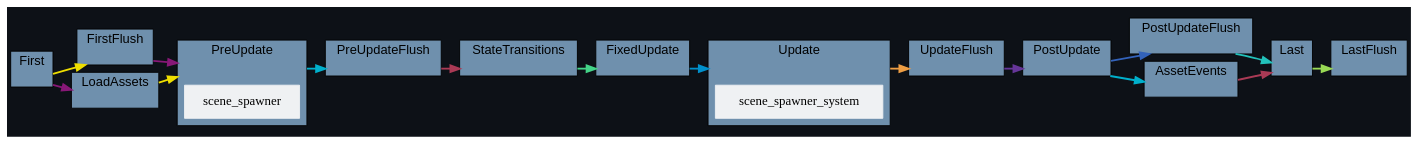
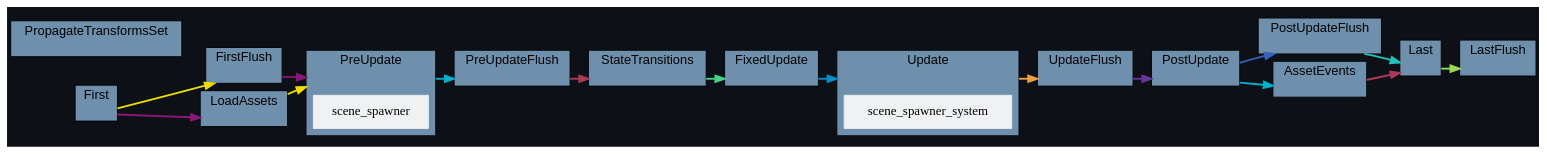
The diagram in docs/schedule/by-crate/dark/schedule_Main_bevy_scene.dot (jakobhellermann/bevy_mod_debugdump), drawn with Graphviz before and after one commit. The commit also changed 79 other files, not shown here.

```diff
--- a/docs/schedule/by-crate/dark/schedule_Main_bevy_scene.dot
+++ b/docs/schedule/by-crate/dark/schedule_Main_bevy_scene.dot
@@ -1,138 +1,146 @@
 digraph "" {
 	"compound"="true";
 	"splines"="spline";
 	"rankdir"="LR";
 	"bgcolor"="#0d1117";
 	"fontname"="Helvetica";
 	edge ["penwidth"="2"];
 	node ["shape"="box", "style"="filled", "fillcolor"="#eff1f3", "color"="#eff1f3"];
 	subgraph "clusternode_Set(0)" {
 		"label"="Update";
 		"tooltip"="Update";
 		"bgcolor"="#6f90ad";
 		"color"="black";
 		"set_marker_node_Set(0)" ["style"="invis", "label"="", "height"="0", "shape"="point"]
 		"node_System(55)" ["label"="scene_spawner_system", "tooltip"="bevy_scene::scene_spawner::scene_spawner_system"]
 	}
 	
 	subgraph "clusternode_Set(2)" {
 		"label"="FirstFlush";
 		"tooltip"="FirstFlush";
 		"bgcolor"="#6f90ad";
 		"color"="black";
 		"set_marker_node_Set(2)" ["style"="invis", "label"="", "height"="0", "shape"="point"]
 	}
 	
 	subgraph "clusternode_Set(3)" {
 		"label"="PreUpdateFlush";
 		"tooltip"="PreUpdateFlush";
 		"bgcolor"="#6f90ad";
 		"color"="black";
 		"set_marker_node_Set(3)" ["style"="invis", "label"="", "height"="0", "shape"="point"]
 	}
 	
 	subgraph "clusternode_Set(4)" {
 		"label"="UpdateFlush";
 		"tooltip"="UpdateFlush";
 		"bgcolor"="#6f90ad";
 		"color"="black";
 		"set_marker_node_Set(4)" ["style"="invis", "label"="", "height"="0", "shape"="point"]
 	}
 	
 	subgraph "clusternode_Set(5)" {
 		"label"="PostUpdateFlush";
 		"tooltip"="PostUpdateFlush";
 		"bgcolor"="#6f90ad";
 		"color"="black";
 		"set_marker_node_Set(5)" ["style"="invis", "label"="", "height"="0", "shape"="point"]
 	}
 	
 	subgraph "clusternode_Set(6)" {
 		"label"="LastFlush";
 		"tooltip"="LastFlush";
 		"bgcolor"="#6f90ad";
 		"color"="black";
 		"set_marker_node_Set(6)" ["style"="invis", "label"="", "height"="0", "shape"="point"]
 	}
 	
 	subgraph "clusternode_Set(7)" {
 		"label"="First";
 		"tooltip"="First";
 		"bgcolor"="#6f90ad";
 		"color"="black";
 		"set_marker_node_Set(7)" ["style"="invis", "label"="", "height"="0", "shape"="point"]
 	}
 	
 	subgraph "clusternode_Set(8)" {
 		"label"="PreUpdate";
 		"tooltip"="PreUpdate";
 		"bgcolor"="#6f90ad";
 		"color"="black";
 		"set_marker_node_Set(8)" ["style"="invis", "label"="", "height"="0", "shape"="point"]
 		"node_System(56)" ["label"="scene_spawner", "tooltip"="bevy_scene::bundle::scene_spawner"]
 	}
 	
 	subgraph "clusternode_Set(9)" {
 		"label"="StateTransitions";
 		"tooltip"="StateTransitions";
 		"bgcolor"="#6f90ad";
 		"color"="black";
 		"set_marker_node_Set(9)" ["style"="invis", "label"="", "height"="0", "shape"="point"]
 	}
 	
 	subgraph "clusternode_Set(10)" {
 		"label"="FixedUpdate";
 		"tooltip"="FixedUpdate";
 		"bgcolor"="#6f90ad";
 		"color"="black";
 		"set_marker_node_Set(10)" ["style"="invis", "label"="", "height"="0", "shape"="point"]
 	}
 	
 	subgraph "clusternode_Set(11)" {
 		"label"="PostUpdate";
 		"tooltip"="PostUpdate";
 		"bgcolor"="#6f90ad";
 		"color"="black";
 		"set_marker_node_Set(11)" ["style"="invis", "label"="", "height"="0", "shape"="point"]
 	}
 	
 	subgraph "clusternode_Set(12)" {
 		"label"="Last";
 		"tooltip"="Last";
 		"bgcolor"="#6f90ad";
 		"color"="black";
 		"set_marker_node_Set(12)" ["style"="invis", "label"="", "height"="0", "shape"="point"]
 	}
 	
-	subgraph "clusternode_Set(58)" {
+	subgraph "clusternode_Set(22)" {
+		"label"="PropagateTransformsSet";
+		"tooltip"="PropagateTransformsSet";
+		"bgcolor"="#6f90ad";
+		"color"="black";
+		"set_marker_node_Set(22)" ["style"="invis", "label"="", "height"="0", "shape"="point"]
+	}
+	
+	subgraph "clusternode_Set(59)" {
 		"label"="LoadAssets";
 		"tooltip"="LoadAssets";
 		"bgcolor"="#6f90ad";
 		"color"="black";
-		"set_marker_node_Set(58)" ["style"="invis", "label"="", "height"="0", "shape"="point"]
+		"set_marker_node_Set(59)" ["style"="invis", "label"="", "height"="0", "shape"="point"]
 	}
 	
-	subgraph "clusternode_Set(59)" {
+	subgraph "clusternode_Set(60)" {
 		"label"="AssetEvents";
 		"tooltip"="AssetEvents";
 		"bgcolor"="#6f90ad";
 		"color"="black";
-		"set_marker_node_Set(59)" ["style"="invis", "label"="", "height"="0", "shape"="point"]
+		"set_marker_node_Set(60)" ["style"="invis", "label"="", "height"="0", "shape"="point"]
 	}
 	
 	"set_marker_node_Set(7)" -> "set_marker_node_Set(2)" ["lhead"="clusternode_Set(2)", "ltail"="clusternode_Set(7)", "tooltip"="First → FirstFlush", "color"="#eede00"]
 	"set_marker_node_Set(2)" -> "set_marker_node_Set(8)" ["lhead"="clusternode_Set(8)", "ltail"="clusternode_Set(2)", "tooltip"="FirstFlush → PreUpdate", "color"="#881877"]
 	"set_marker_node_Set(8)" -> "set_marker_node_Set(3)" ["lhead"="clusternode_Set(3)", "ltail"="clusternode_Set(8)", "tooltip"="PreUpdate → PreUpdateFlush", "color"="#00b0cc"]
 	"set_marker_node_Set(3)" -> "set_marker_node_Set(9)" ["lhead"="clusternode_Set(9)", "ltail"="clusternode_Set(3)", "tooltip"="PreUpdateFlush → StateTransitions", "color"="#aa3a55"]
 	"set_marker_node_Set(9)" -> "set_marker_node_Set(10)" ["lhead"="clusternode_Set(10)", "ltail"="clusternode_Set(9)", "tooltip"="StateTransitions → FixedUpdate", "color"="#44d488"]
 	"set_marker_node_Set(10)" -> "set_marker_node_Set(0)" ["lhead"="clusternode_Set(0)", "ltail"="clusternode_Set(10)", "tooltip"="FixedUpdate → Update", "color"="#0090cc"]
 	"set_marker_node_Set(0)" -> "set_marker_node_Set(4)" ["lhead"="clusternode_Set(4)", "ltail"="clusternode_Set(0)", "tooltip"="Update → UpdateFlush", "color"="#ee9e44"]
 	"set_marker_node_Set(4)" -> "set_marker_node_Set(11)" ["lhead"="clusternode_Set(11)", "ltail"="clusternode_Set(4)", "tooltip"="UpdateFlush → PostUpdate", "color"="#663699"]
 	"set_marker_node_Set(11)" -> "set_marker_node_Set(5)" ["lhead"="clusternode_Set(5)", "ltail"="clusternode_Set(11)", "tooltip"="PostUpdate → PostUpdateFlush", "color"="#3363bb"]
 	"set_marker_node_Set(5)" -> "set_marker_node_Set(12)" ["lhead"="clusternode_Set(12)", "ltail"="clusternode_Set(5)", "tooltip"="PostUpdateFlush → Last", "color"="#22c2bb"]
 	"set_marker_node_Set(12)" -> "set_marker_node_Set(6)" ["lhead"="clusternode_Set(6)", "ltail"="clusternode_Set(12)", "tooltip"="Last → LastFlush", "color"="#99d955"]
-	"set_marker_node_Set(58)" -> "set_marker_node_Set(8)" ["lhead"="clusternode_Set(8)", "ltail"="clusternode_Set(58)", "tooltip"="LoadAssets → PreUpdate", "color"="#eede00"]
-	"set_marker_node_Set(7)" -> "set_marker_node_Set(58)" ["lhead"="clusternode_Set(58)", "ltail"="clusternode_Set(7)", "tooltip"="First → LoadAssets", "color"="#881877"]
-	"set_marker_node_Set(11)" -> "set_marker_node_Set(59)" ["lhead"="clusternode_Set(59)", "ltail"="clusternode_Set(11)", "tooltip"="PostUpdate → AssetEvents", "color"="#00b0cc"]
-	"set_marker_node_Set(59)" -> "set_marker_node_Set(12)" ["lhead"="clusternode_Set(12)", "ltail"="clusternode_Set(59)", "tooltip"="AssetEvents → Last", "color"="#aa3a55"]
+	"set_marker_node_Set(59)" -> "set_marker_node_Set(8)" ["lhead"="clusternode_Set(8)", "ltail"="clusternode_Set(59)", "tooltip"="LoadAssets → PreUpdate", "color"="#eede00"]
+	"set_marker_node_Set(7)" -> "set_marker_node_Set(59)" ["lhead"="clusternode_Set(59)", "ltail"="clusternode_Set(7)", "tooltip"="First → LoadAssets", "color"="#881877"]
+	"set_marker_node_Set(11)" -> "set_marker_node_Set(60)" ["lhead"="clusternode_Set(60)", "ltail"="clusternode_Set(11)", "tooltip"="PostUpdate → AssetEvents", "color"="#00b0cc"]
+	"set_marker_node_Set(60)" -> "set_marker_node_Set(12)" ["lhead"="clusternode_Set(12)", "ltail"="clusternode_Set(60)", "tooltip"="AssetEvents → Last", "color"="#aa3a55"]
 }
```
